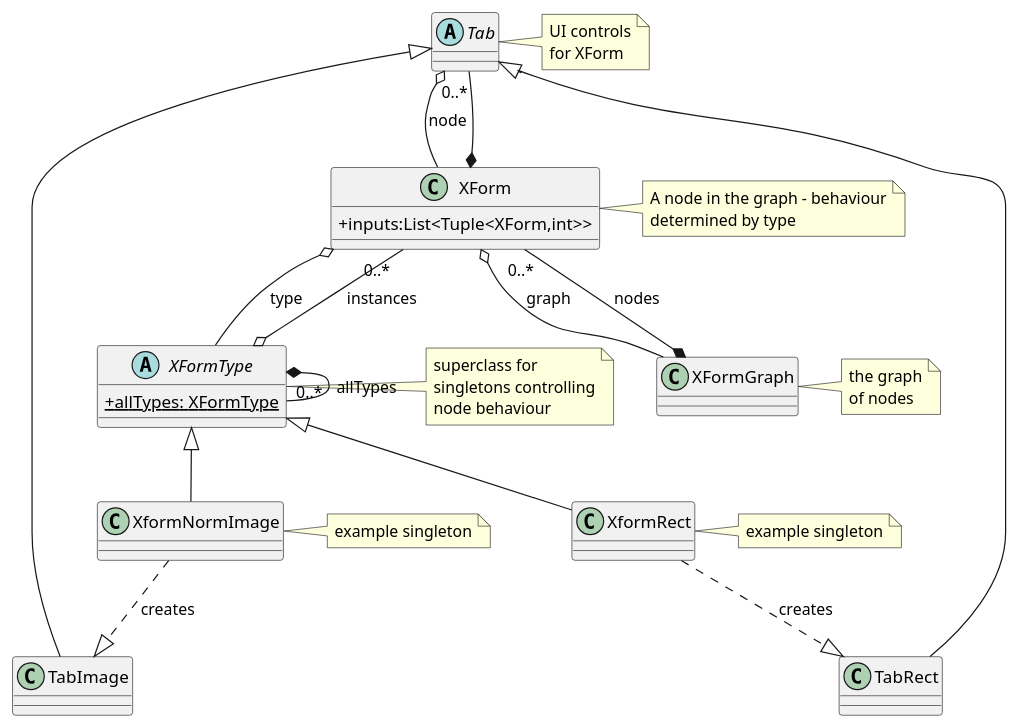
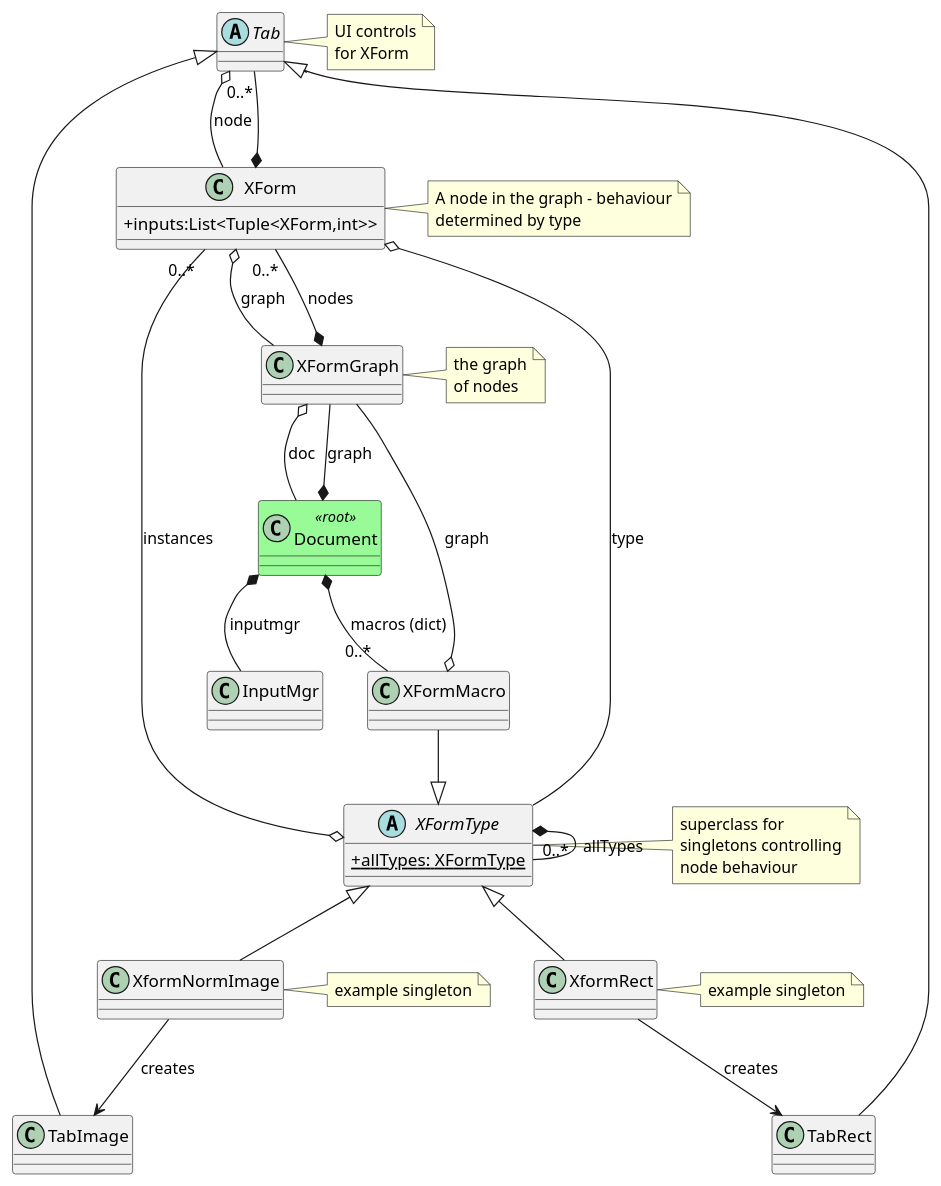
One commit to AU-ExoMars/PCOT changed the diagram in docs/xform.plantuml. Above: the diagram before and after it, drawn with PlantUML. The commit also changed 8 other files, not shown here.

```diff
--- a/docs/xform.plantuml
+++ b/docs/xform.plantuml
@@ -1,64 +1,78 @@
 @startuml
 skinparam classAttributeIconSize 0
+skinparam class {
+    BackgroundColor<<root>> PaleGreen
+}
+
+class Document<<root>>
+
+Document *-- XFormGraph : graph
+Document *-- "0..*" XFormMacro : macros (dict)
+Document *-- InputMgr : inputmgr
+
+XFormMacro --|> XFormType
+XFormMacro o-- XFormGraph : graph
+XFormGraph o-- Document : doc
+
 
 class XForm {
     +inputs:List<Tuple<XForm,int>>
 }
 note right of XForm
 A node in the graph - behaviour
 determined by type
 end note
 
 abstract class XFormType {
     +{static} allTypes: XFormType
 }
 note right of XFormType
 superclass for
 singletons controlling
 node behaviour
 end note
 
 XFormType *-- "0..*" XFormType : allTypes
 
 XFormGraph *-- "0..*" XForm : nodes
 
 XFormType o-- "0..*" XForm : instances
 
 XForm o-- XFormType : type 
 XForm o-- XFormGraph : graph
 
 note right of XFormGraph
 the graph
 of nodes
 end note
 
 XformNormImage -up-|> XFormType
 XformRect -up-|> XFormType
 
 note right of XformNormImage
 example singleton
 end note
 note right of XformRect
 example singleton
 end note
 
-XformRect ..|> TabRect: creates
-XformNormImage ..|> TabImage: creates
+XformRect --> TabRect: creates
+XformNormImage --> TabImage: creates
 
 abstract class Tab {
 }
 
 TabImage -up-|> Tab
 TabRect -up-|> Tab
 
 
 Tab o-- XForm:node
 note right of Tab
 UI controls
 for XForm
 end note
 
 XForm *-- "0..*" Tab
 
 
 @enduml
```
